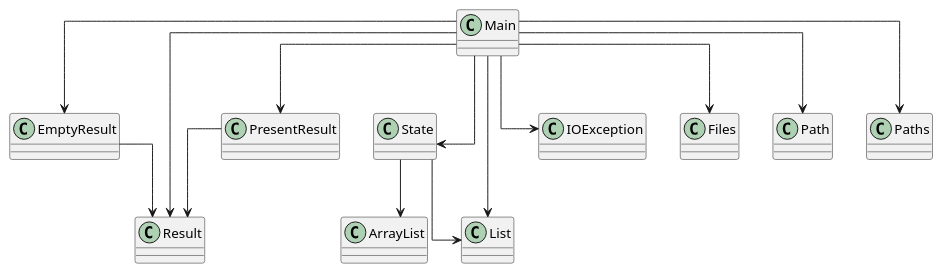
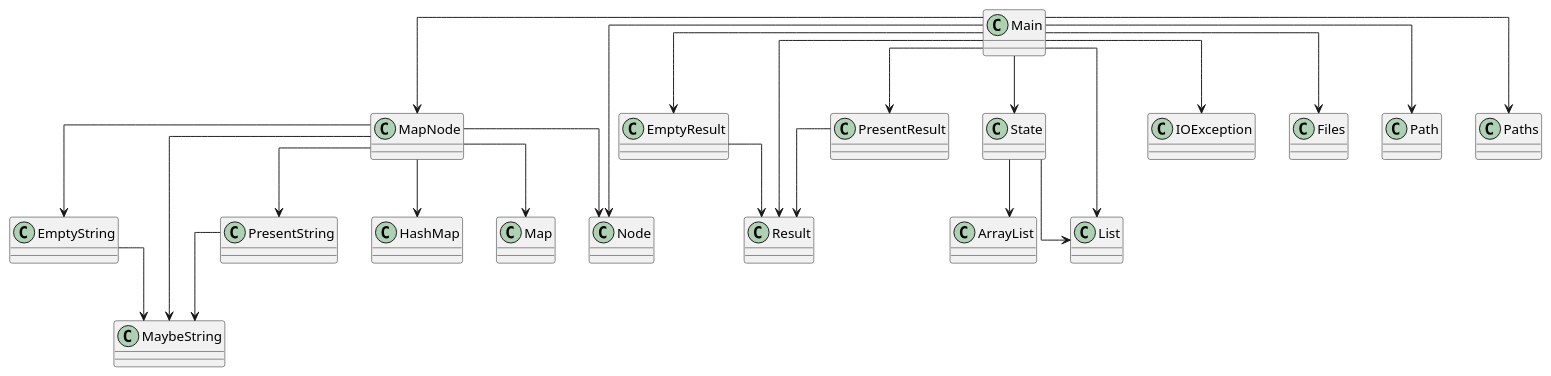
The diagram in diagram.puml (SirMathhman/Magma), drawn with PlantUML before and after one commit. The commit also changed 6 other files, not shown here.

```diff
--- a/diagram.puml
+++ b/diagram.puml
@@ -1,21 +1,36 @@
 @startuml
 skinparam linetype ortho
+class EmptyString
+EmptyString --> MaybeString
+class PresentString
+PresentString --> MaybeString
+class MaybeString
+class MapNode
+MapNode --> MaybeString
+MapNode --> Node
+MapNode --> EmptyString
+MapNode --> PresentString
+MapNode --> HashMap
+MapNode --> Map
+class Node
 class EmptyResult
 EmptyResult --> Result
 class PresentResult
 PresentResult --> Result
 class Result
 class State
 State --> ArrayList
 State --> List
 class Main
+Main --> MapNode
+Main --> Node
 Main --> Result
 Main --> State
 Main --> EmptyResult
 Main --> PresentResult
 Main --> IOException
 Main --> Files
 Main --> Path
 Main --> Paths
 Main --> List
 @enduml
```
